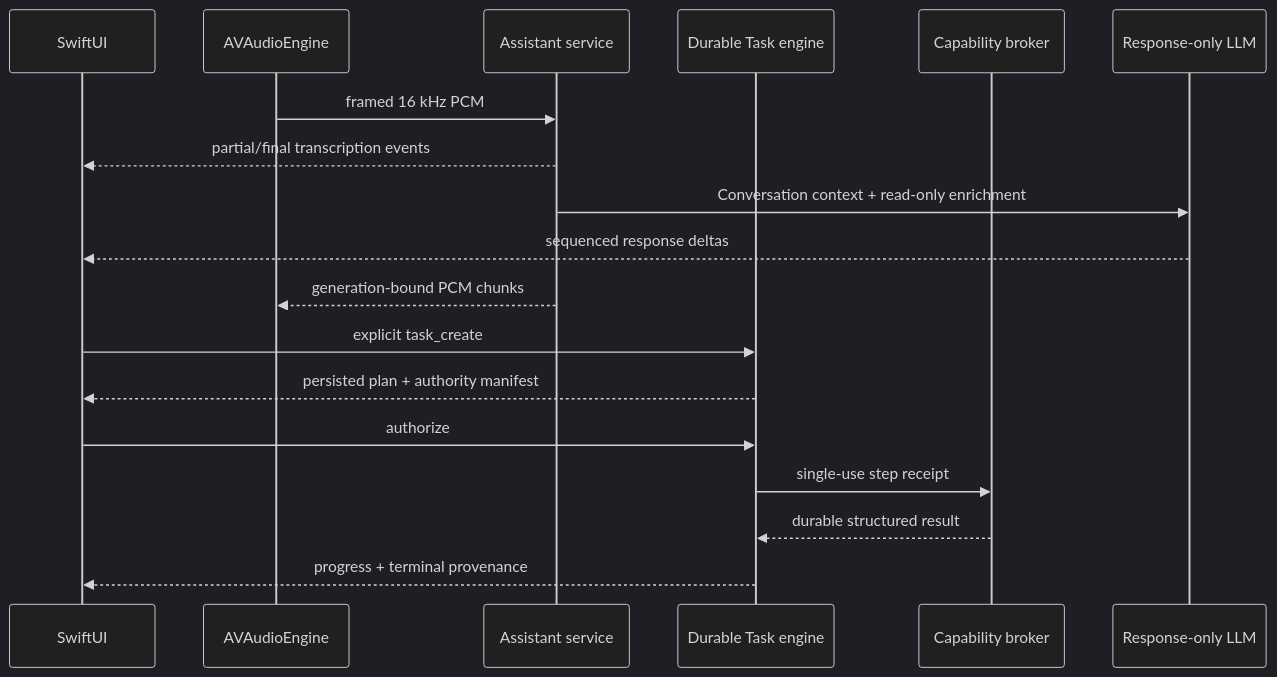
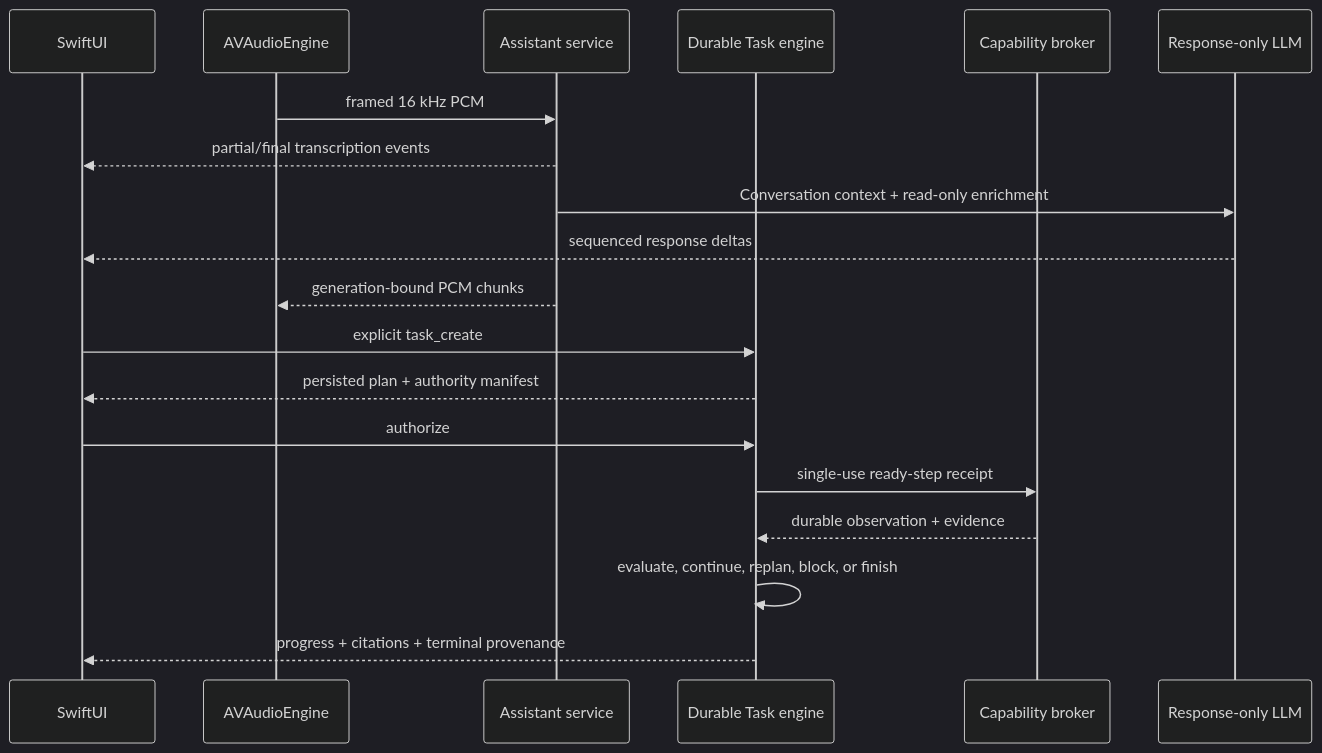
The diagram in docs/ARCHITECTURE.md (lukifer23/MacBot), drawn with Mermaid (dark theme) before and after one commit. The commit also changed other lines of this file and 17 other files, not shown here.

Commit message:
Consolidate architecture and verification truth

````diff
--- a/docs/ARCHITECTURE.md
+++ b/docs/ARCHITECTURE.md
@@ -41,21 +44,22 @@
 ```mermaid
 sequenceDiagram
     participant UI as SwiftUI
     participant Audio as AVAudioEngine
     participant Assistant as Assistant service
     participant Task as Durable Task engine
     participant Broker as Capability broker
     participant Model as Response-only LLM
 
     Audio->>Assistant: framed 16 kHz PCM
     Assistant-->>UI: partial/final transcription events
     Assistant->>Model: Conversation context + read-only enrichment
     Model-->>UI: sequenced response deltas
     Assistant-->>Audio: generation-bound PCM chunks
     UI->>Task: explicit task_create
     Task-->>UI: persisted plan + authority manifest
     UI->>Task: authorize
-    Task->>Broker: single-use step receipt
-    Broker-->>Task: durable structured result
-    Task-->>UI: progress + terminal provenance
+    Task->>Broker: single-use ready-step receipt
+    Broker-->>Task: durable observation + evidence
+    Task->>Task: evaluate, continue, replan, block, or finish
+    Task-->>UI: progress + citations + terminal provenance
 ```
````
